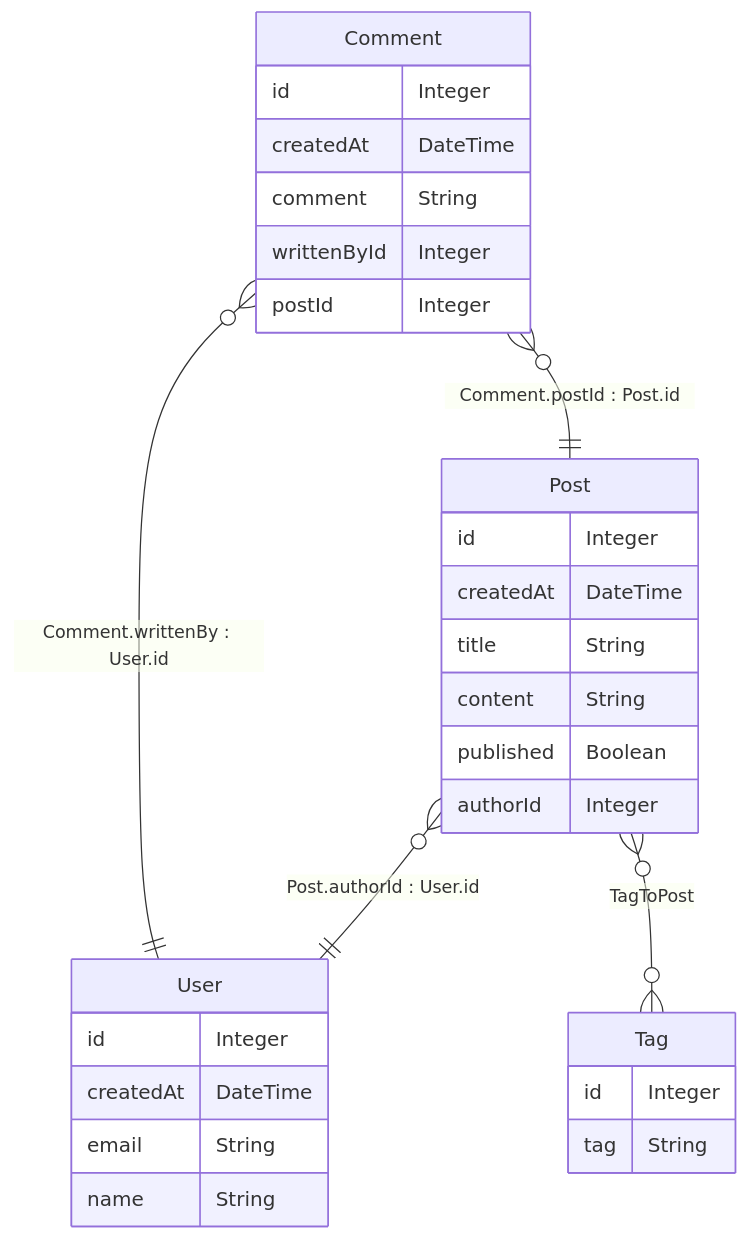
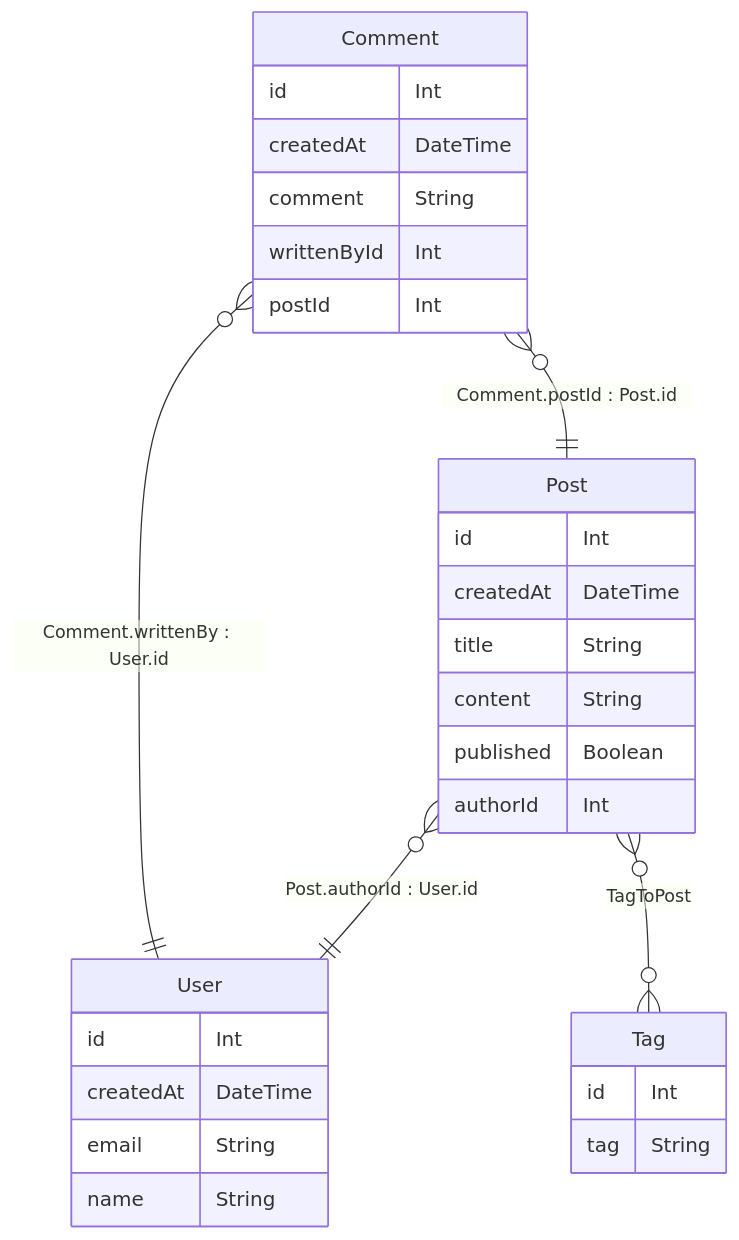
One commit to HOZHENWAI/py-prisma2markdown changed the diagram in tests/fixtures/prisma-examples/databases/sql-server/prisma/schema.md. Above: the diagram before and after it, drawn with Mermaid. The commit also changed 13 other files, not shown here.

````diff
--- a/tests/fixtures/prisma-examples/databases/sql-server/prisma/schema.md
+++ b/tests/fixtures/prisma-examples/databases/sql-server/prisma/schema.md
@@ -2,37 +2,37 @@
 ```mermaid
 erDiagram
 
 User {
-    id Integer
+    id Int
     createdAt DateTime
     email String
     name String
 }
 
 Post {
-    id Integer
+    id Int
     createdAt DateTime
     title String
     content String
     published Boolean
-    authorId Integer
+    authorId Int
 }
 
 Comment {
-    id Integer
+    id Int
     createdAt DateTime
     comment String
-    writtenById Integer
-    postId Integer
+    writtenById Int
+    postId Int
 }
 
 Tag {
-    id Integer
+    id Int
     tag String
 }
 
 Post }o--|| User : "Post.authorId : User.id"
 Comment }o--|| User : "Comment.writtenBy : User.id"
 Comment }o--|| Post : "Comment.postId : Post.id"
 Post }o--o{ Tag : "TagToPost"
 ```
````
